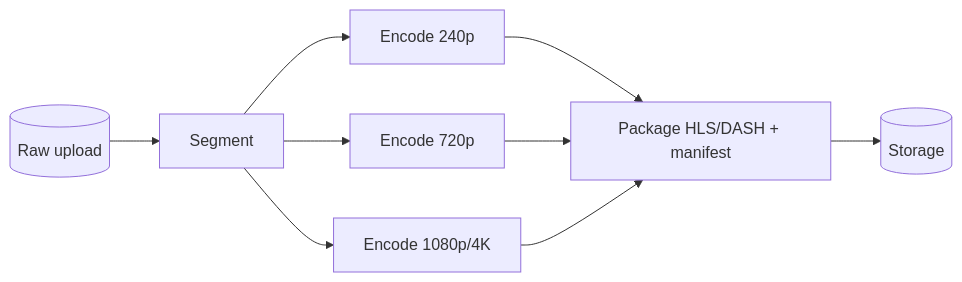
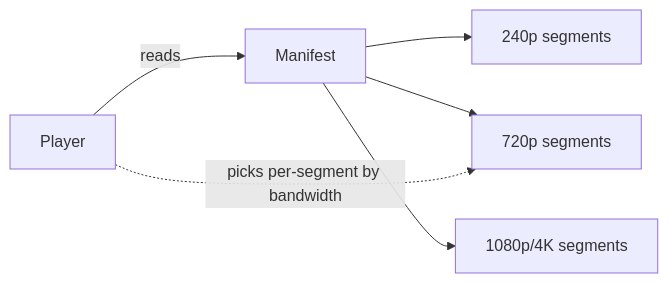
One commit to hiepgithub2001/swedocs changed the second of 2 diagrams in system-design/2-case-studies/video-streaming.md. Above: the diagram before and after it, drawn with Mermaid. The commit also changed other lines of this file and 3 other files, not shown here.

````diff
--- a/system-design/2-case-studies/video-streaming.md
+++ b/system-design/2-case-studies/video-streaming.md
@@ -66,8 +89,8 @@
 ```mermaid
 flowchart LR
-    Raw[(Raw upload)] --> Split[Segment]
-    Split --> E1[Encode 240p]
-    Split --> E2[Encode 720p]
-    Split --> E3[Encode 1080p/4K]
-    E1 & E2 & E3 --> Pack[Package HLS/DASH + manifest] --> Store[(Storage)]
+    Player -->|reads| Manifest
+    Manifest --> S240[240p segments]
+    Manifest --> S720[720p segments]
+    Manifest --> S1080[1080p/4K segments]
+    Player -. picks per-segment by bandwidth .-> S720
 ```
````
